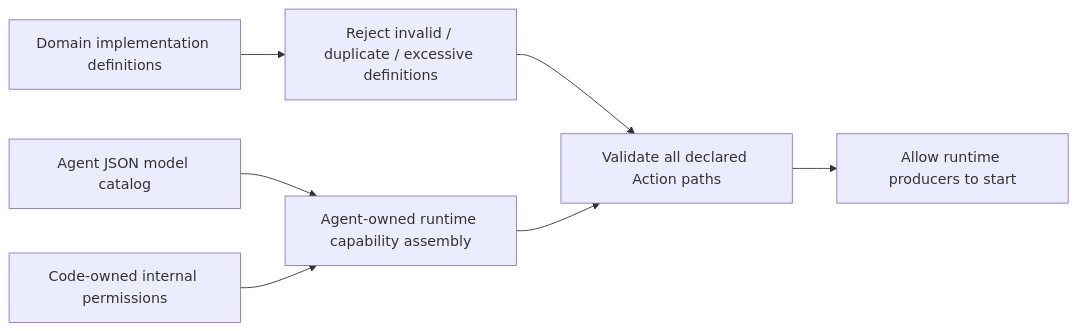
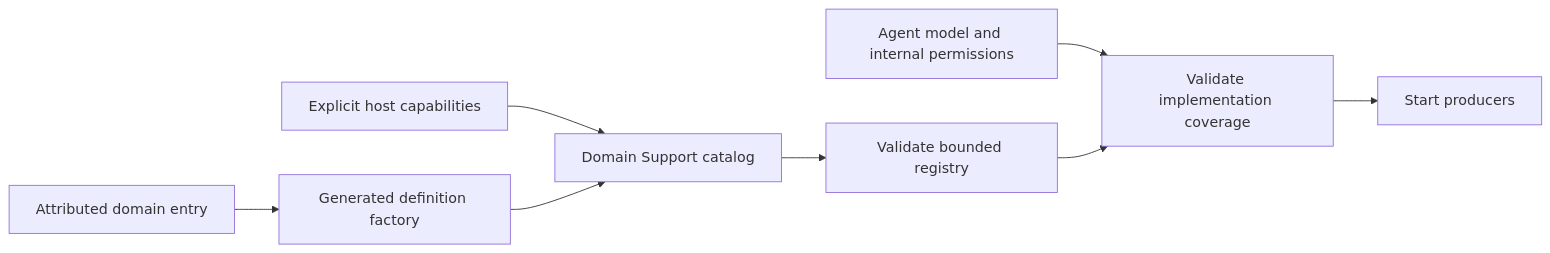
Before and after one commit to devilyouwei/MobileHarness: the first of 2 diagrams in MobileHarness/Actions/Runtime/README.md, drawn with Mermaid. The commit also changed other lines of this file and 120 other files, not shown here.

````diff
--- a/MobileHarness/Actions/Runtime/README.md
+++ b/MobileHarness/Actions/Runtime/README.md
@@ -24,9 +11,10 @@
 ```mermaid
 flowchart LR
-    Definitions[Domain implementation definitions] --> Registry[Reject invalid / duplicate / excessive definitions]
-    JSON[Agent JSON model catalog] --> Capabilities[Agent-owned runtime capability assembly]
-    Internal[Code-owned internal permissions] --> Capabilities
-    Registry --> Check[Validate all declared Action paths]
-    Capabilities --> Check
-    Check --> Start[Allow runtime producers to start]
+    Entry[Attributed domain entry] --> Factory[Generated definition factory]
+    Host[Explicit host capabilities] --> Catalog[Domain Support catalog]
+    Factory --> Catalog
+    Catalog --> Registry[Validate bounded registry]
+    Permissions[Agent model and internal permissions] --> Coverage[Validate implementation coverage]
+    Registry --> Coverage
+    Coverage --> Start[Start producers]
 ```
````
